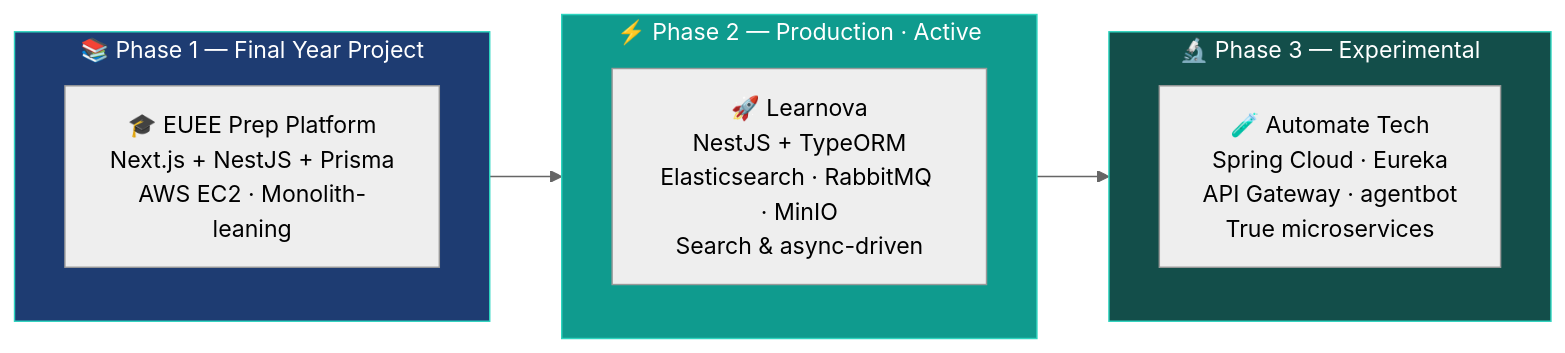
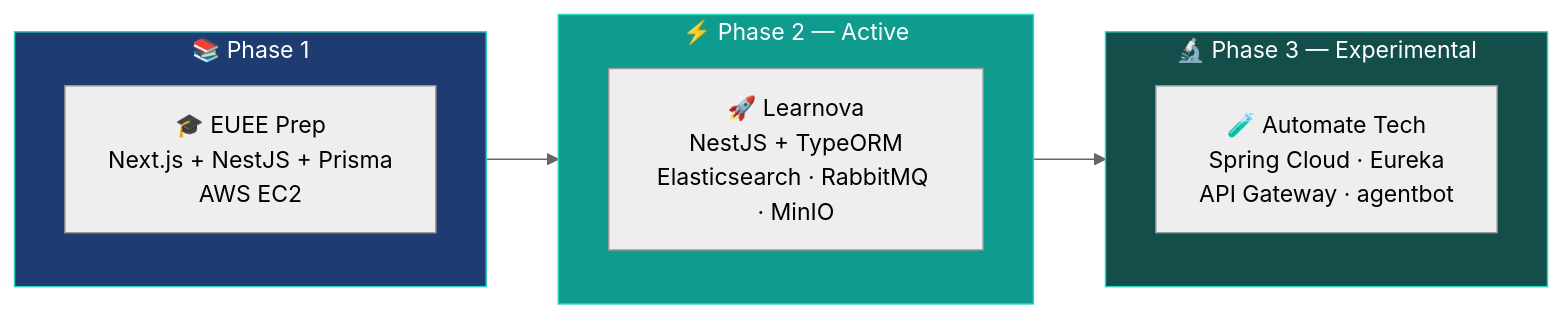
One commit to kiyaeh/kiyaeh changed the diagram in README.md. Above: the diagram before and after it, drawn with Mermaid (neutral theme). The commit also changed other lines of this file, not shown here.

````diff
--- a/README.md
+++ b/README.md
@@ -97,18 +39,16 @@
 ```mermaid
 flowchart LR
-    subgraph P1["📚 Phase 1 — Final Year Project"]
-        A["🎓 EUEE Prep Platform\nNext.js + NestJS + Prisma\nAWS EC2 · Monolith-leaning"]
+    subgraph P1["📚 Phase 1"]
+        A["🎓 EUEE Prep\nNext.js + NestJS + Prisma\nAWS EC2"]
     end
-    subgraph P2["⚡ Phase 2 — Production · Active"]
-        B["🚀 Learnova\nNestJS + TypeORM\nElasticsearch · RabbitMQ · MinIO\nSearch & async-driven"]
+    subgraph P2["⚡ Phase 2 — Active"]
+        B["🚀 Learnova\nNestJS + TypeORM\nElasticsearch · RabbitMQ · MinIO"]
     end
     subgraph P3["🔬 Phase 3 — Experimental"]
-        C["🧪 Automate Tech\nSpring Cloud · Eureka\nAPI Gateway · agentbot\nTrue microservices"]
+        C["🧪 Automate Tech\nSpring Cloud · Eureka\nAPI Gateway · agentbot"]
     end
-
     P1 --> P2 --> P3
-
     style P1 fill:#1e3c72,stroke:#2DD4BF,color:#fff
     style P2 fill:#0f9b8e,stroke:#2DD4BF,color:#fff
     style P3 fill:#134e4a,stroke:#2DD4BF,color:#fff
 ```
````
